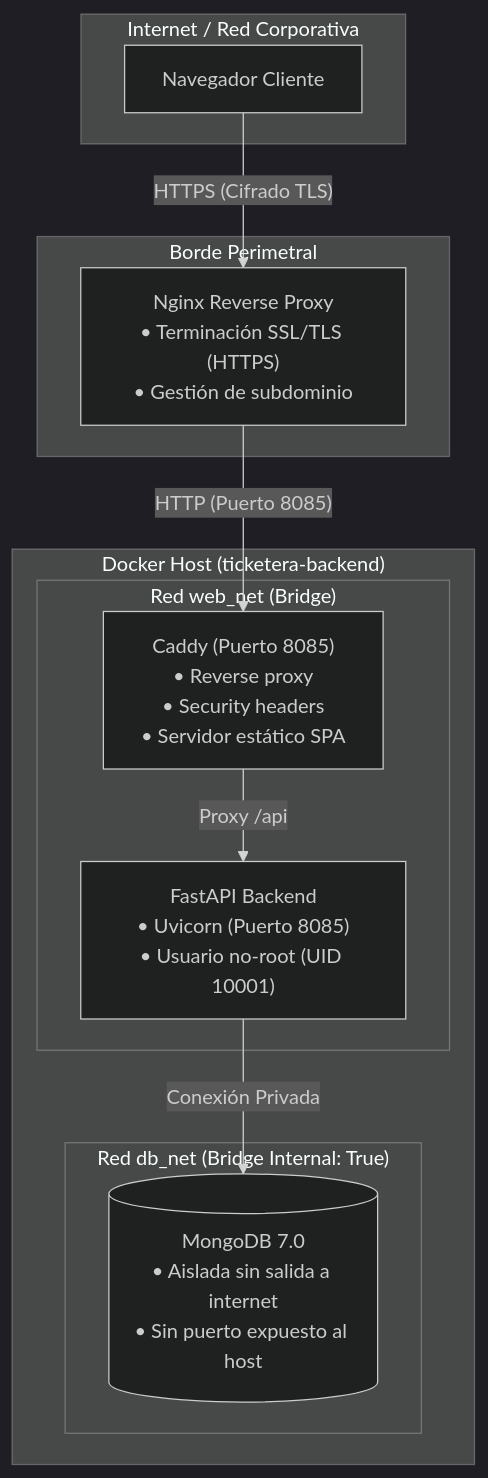
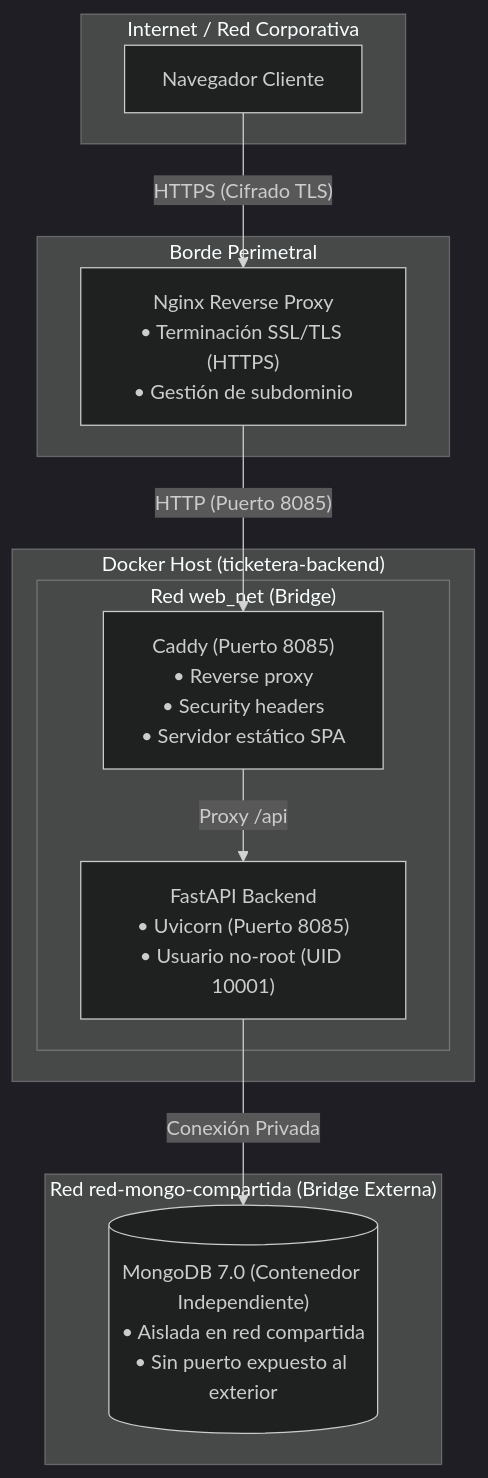
Before and after one commit to Facundo-Bernard/ticketera-backend: the diagram in SECURITY.md, drawn with Mermaid (dark theme). The commit also changed other lines of this file and 10 other files, not shown here.

````diff
--- a/SECURITY.md
+++ b/SECURITY.md
@@ -11,26 +11,26 @@
 ```mermaid
 graph TD
     subgraph Exterior ["Internet / Red Corporativa"]
         Client["Navegador Cliente"]
     end
 
     subgraph Perimetro ["Borde Perimetral"]
         Nginx["Nginx Reverse Proxy<br>• Terminación SSL/TLS (HTTPS)<br>• Gestión de subdominio"]
     end
 
     subgraph DockerHost ["Docker Host (ticketera-backend)"]
         subgraph WebNet ["Red web_net (Bridge)"]
             Caddy["Caddy (Puerto 8085)<br>• Reverse proxy<br>• Security headers<br>• Servidor estático SPA"]
             Backend["FastAPI Backend<br>• Uvicorn (Puerto 8085)<br>• Usuario no-root (UID 10001)"]
         end
+    end
 
-        subgraph DbNet ["Red db_net (Bridge Internal: True)"]
-            MongoDB[("MongoDB 7.0<br>• Aislada sin salida a internet<br>• Sin puerto expuesto al host")]
-        end
+    subgraph MongoNetwork ["Red red-mongo-compartida (Bridge Externa)"]
+        MongoDB[("MongoDB 7.0 (Contenedor Independiente)<br>• Aislada en red compartida<br>• Sin puerto expuesto al exterior")]
     end
 
     Client -->|"HTTPS (Cifrado TLS)"| Nginx
     Nginx -->|"HTTP (Puerto 8085)"| Caddy
     Caddy -->|"Proxy /api"| Backend
     Backend -->|"Conexión Privada"| MongoDB
 ```
````
